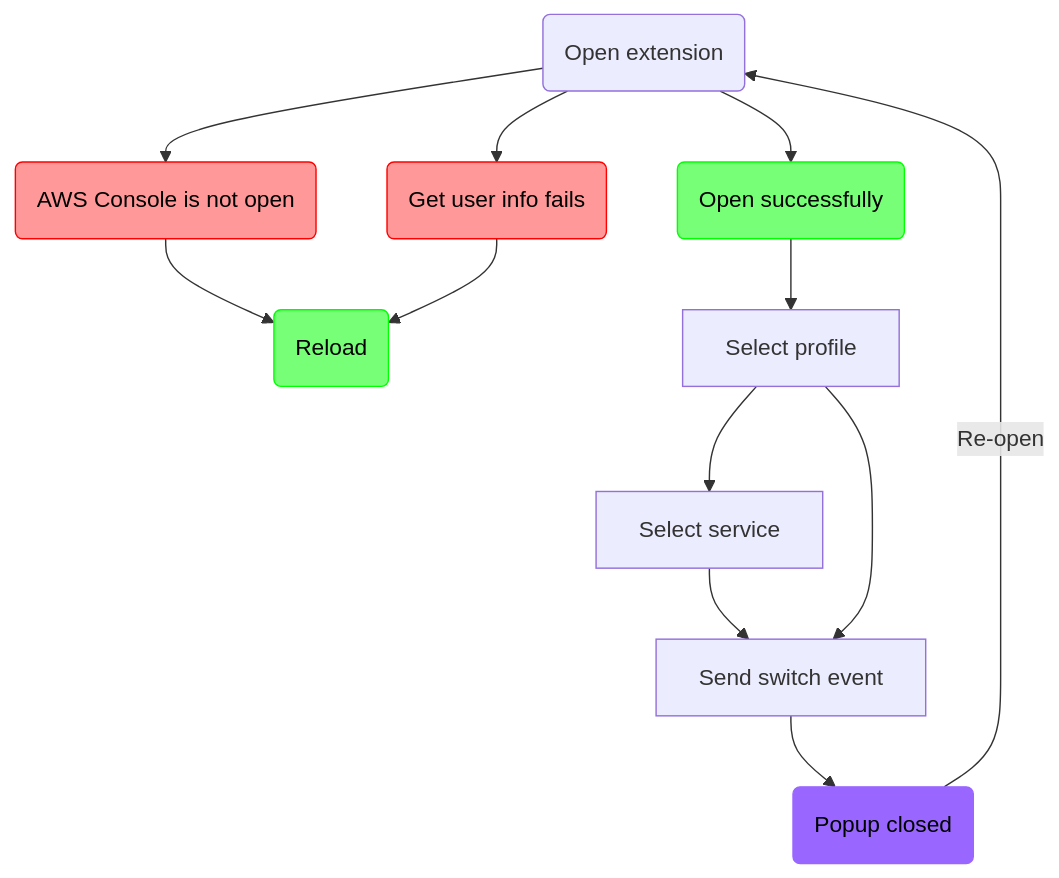
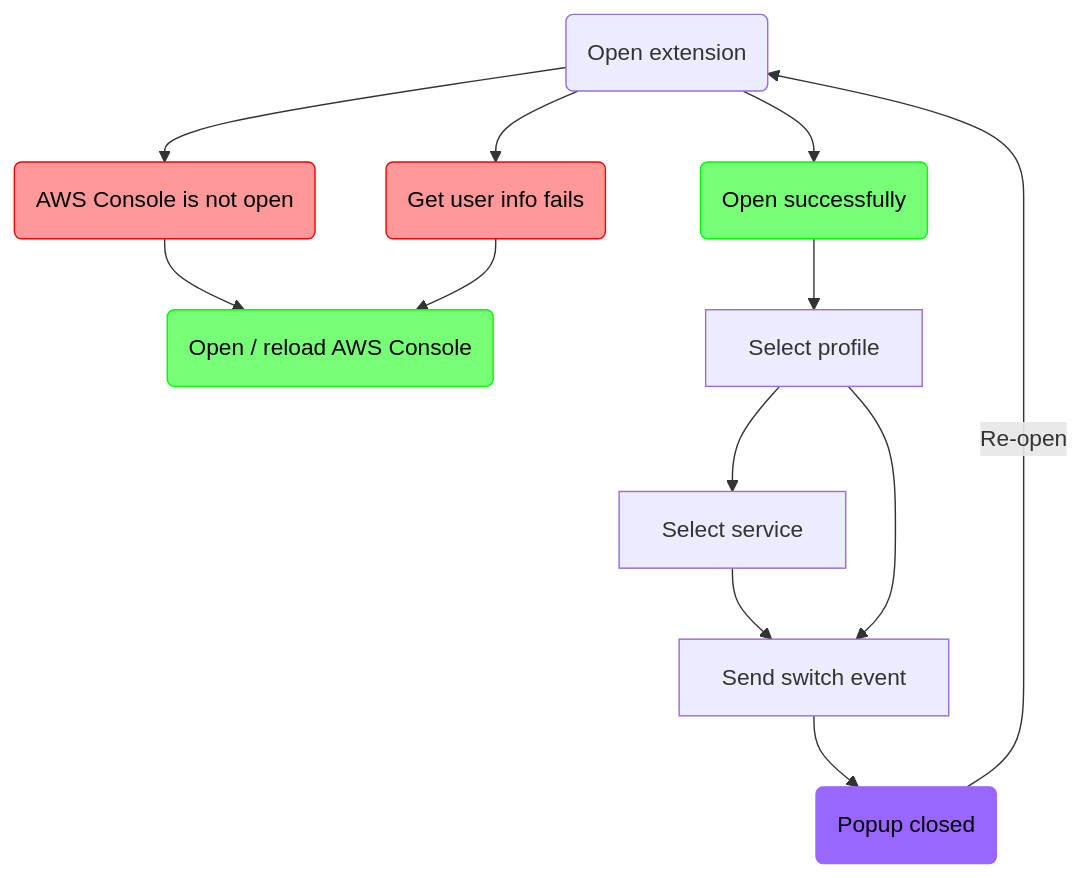
Before and after one commit to gforien/extend-aesr: the second of 2 diagrams in README.md, drawn with Mermaid.

````diff
--- a/README.md
+++ b/README.md
@@ -80,22 +80,22 @@
 ```mermaid
 graph TD
     A(Open extension) --> B(AWS Console is not open)
-    B --> I(Reload)
+    B --> I(Open / reload AWS Console)
 
     A(Open extension) --> C(Get user info fails)
     C --> I
 
     A(Open extension) --> D(Open successfully)
     D --> E[Select profile]
     E --> H[Select service]
     H --> F
     E --> F[Send switch event]
     F --> G(Popup closed)
     G --> |Re-open| A
 
     style B fill:#f99,stroke:#f00,color:#000
     style C fill:#f99,stroke:#f00,color:#000
     style D fill:#7f7,stroke:#0f0,color:#000
     style G fill:#96f,stroke:#96f,color:#000
     style I fill:#7f7,stroke:#0f0,color:#000
 ```
````
